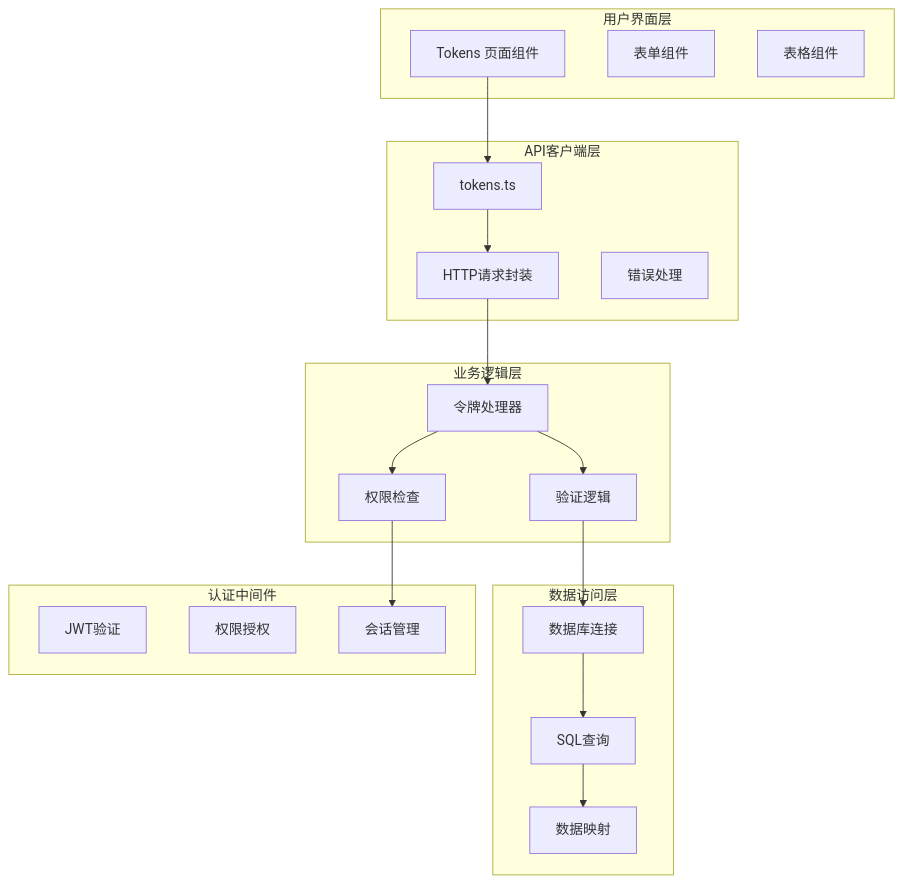
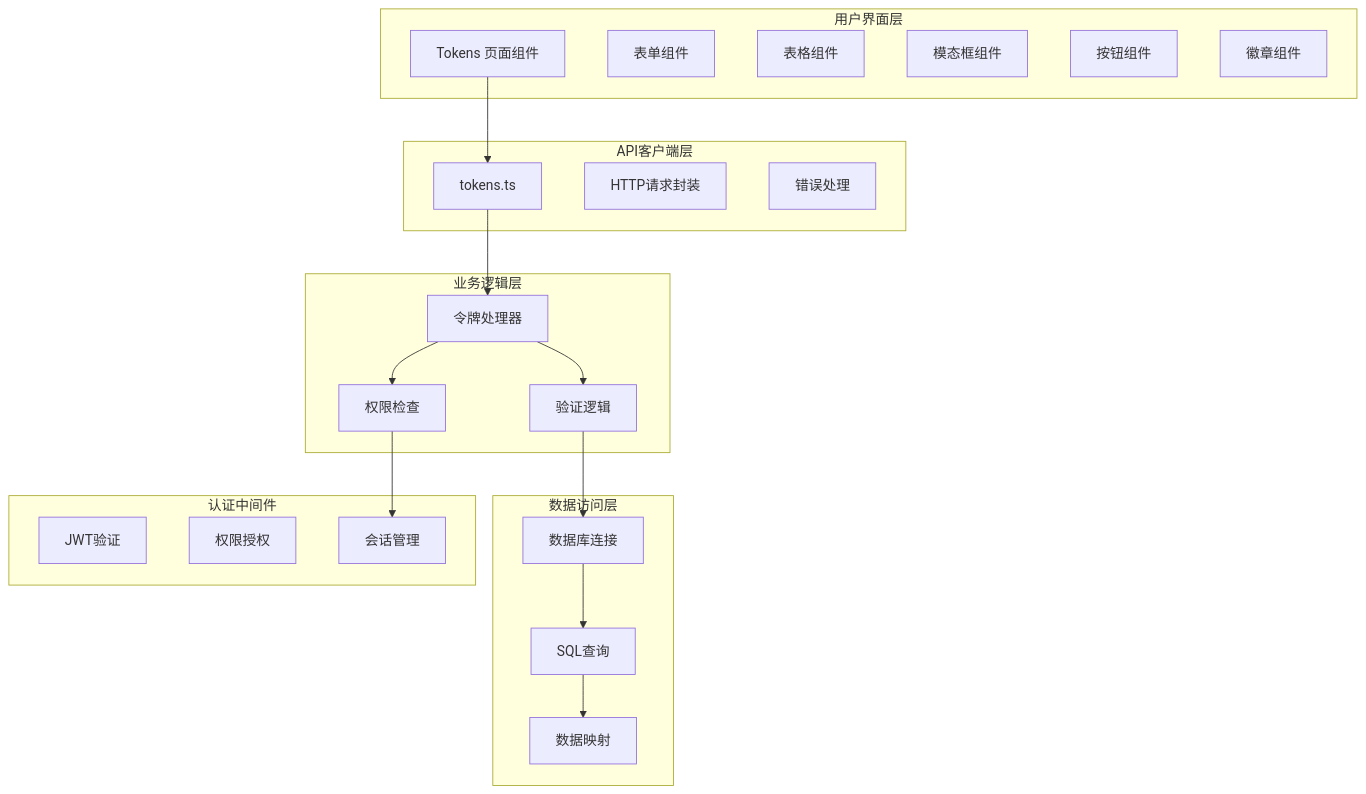
Before and after one commit to leimu-hue/AI-Trend-Tool: the second of 10 diagrams in .qoder/repowiki/zh/content/开发指南/前端开发指南/令牌管理页面.md, drawn with Mermaid. The commit also changed other lines of this file and 5 other files, not shown here.

````diff
--- a/.qoder/repowiki/zh/content/开发指南/前端开发指南/令牌管理页面.md
+++ b/.qoder/repowiki/zh/content/开发指南/前端开发指南/令牌管理页面.md
@@ -101,37 +117,39 @@
 ```mermaid
 graph TB
 subgraph "用户界面层"
 A[Tokens 页面组件]
 B[表单组件]
 C[表格组件]
+D[模态框组件]
+E[按钮组件]
+F[徽章组件]
 end
 subgraph "API客户端层"
-D[tokens.ts]
-E[HTTP请求封装]
-F[错误处理]
+G[tokens.ts]
+H[HTTP请求封装]
+I[错误处理]
 end
 subgraph "业务逻辑层"
-G[令牌处理器]
-H[验证逻辑]
-I[权限检查]
+J[令牌处理器]
+K[验证逻辑]
+L[权限检查]
 end
 subgraph "数据访问层"
-J[数据库连接]
-K[SQL查询]
-L[数据映射]
+M[数据库连接]
+N[SQL查询]
+O[数据映射]
 end
 subgraph "认证中间件"
-M[JWT验证]
-N[权限授权]
-O[会话管理]
+P[JWT验证]
+Q[权限授权]
+R[会话管理]
 end
-A --> D
-D --> E
-E --> G
-G --> H
-G --> I
-H --> J
-I --> O
+A --> G
+G --> J
 J --> K
-K --> L
+J --> L
+K --> M
+L --> R
+M --> N
+N --> O
 ```
````
